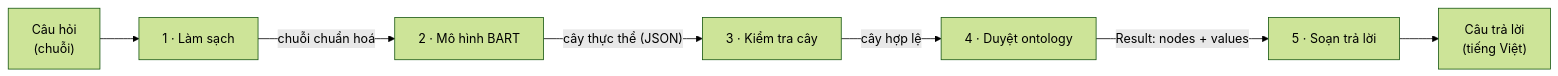
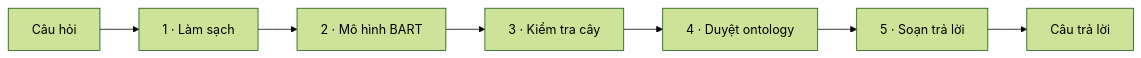
Before and after one commit to vpthinh19/ontology-chatbot: the third of 10 diagrams in docs/CONCEPT.md, drawn with Mermaid (forest theme). The commit also changed other lines of this file, not shown here.

````diff
--- a/docs/CONCEPT.md
+++ b/docs/CONCEPT.md
@@ -132,9 +166,9 @@
 ```mermaid
 flowchart LR
-    A["Câu hỏi<br/>(chuỗi)"] --> B["1 · Làm sạch"]
-    B -->|"chuỗi chuẩn hoá"| C["2 · Mô hình BART"]
-    C -->|"cây thực thể (JSON)"| D["3 · Kiểm tra cây"]
-    D -->|"cây hợp lệ"| E["4 · Duyệt ontology"]
-    E -->|"Result: nodes + values"| F["5 · Soạn trả lời"]
-    F --> G["Câu trả lời<br/>(tiếng Việt)"]
+    A["Câu hỏi"] --> B["1 · Làm sạch"]
+    B --> C["2 · Mô hình BART"]
+    C --> D["3 · Kiểm tra cây"]
+    D --> E["4 · Duyệt ontology"]
+    E --> F["5 · Soạn trả lời"]
+    F --> G["Câu trả lời"]
 ```
````
